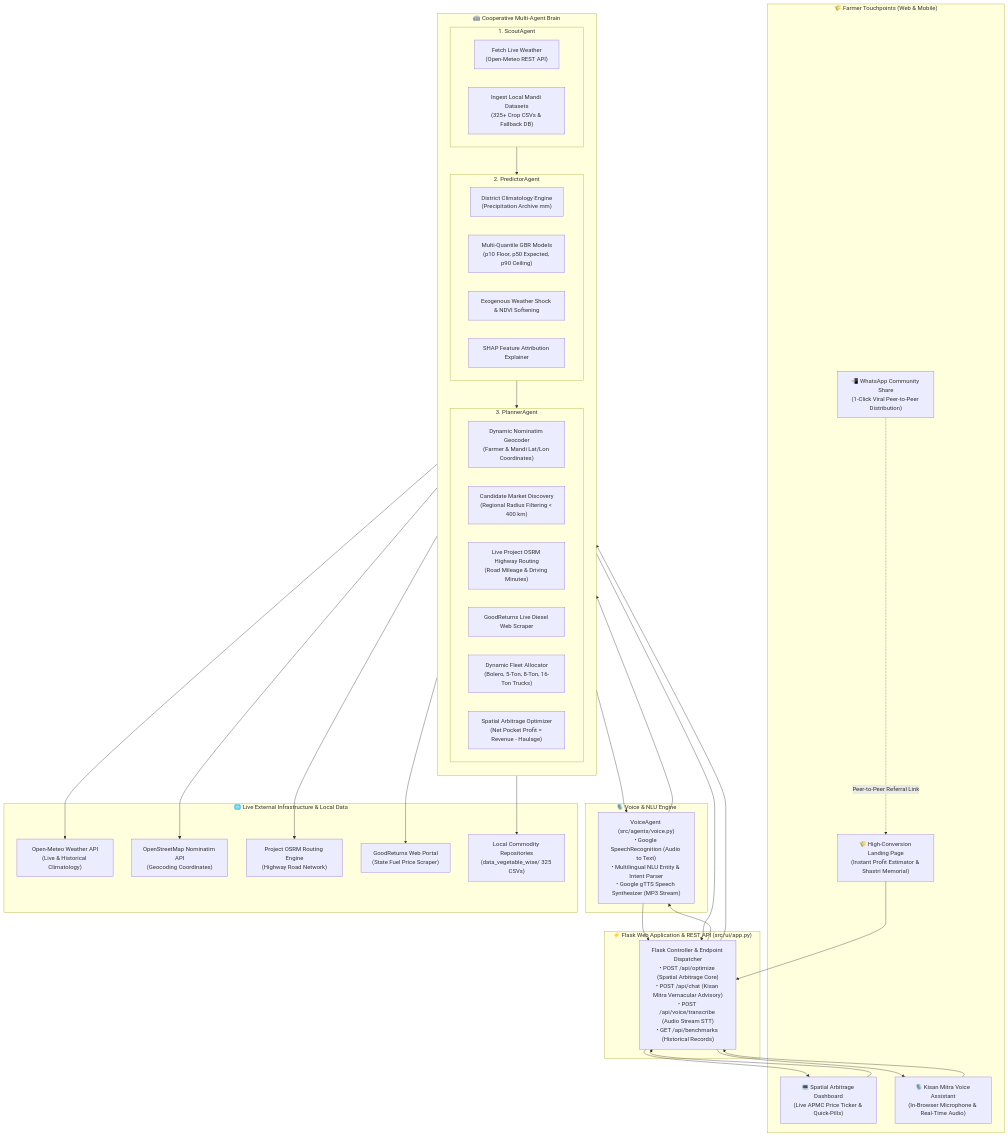
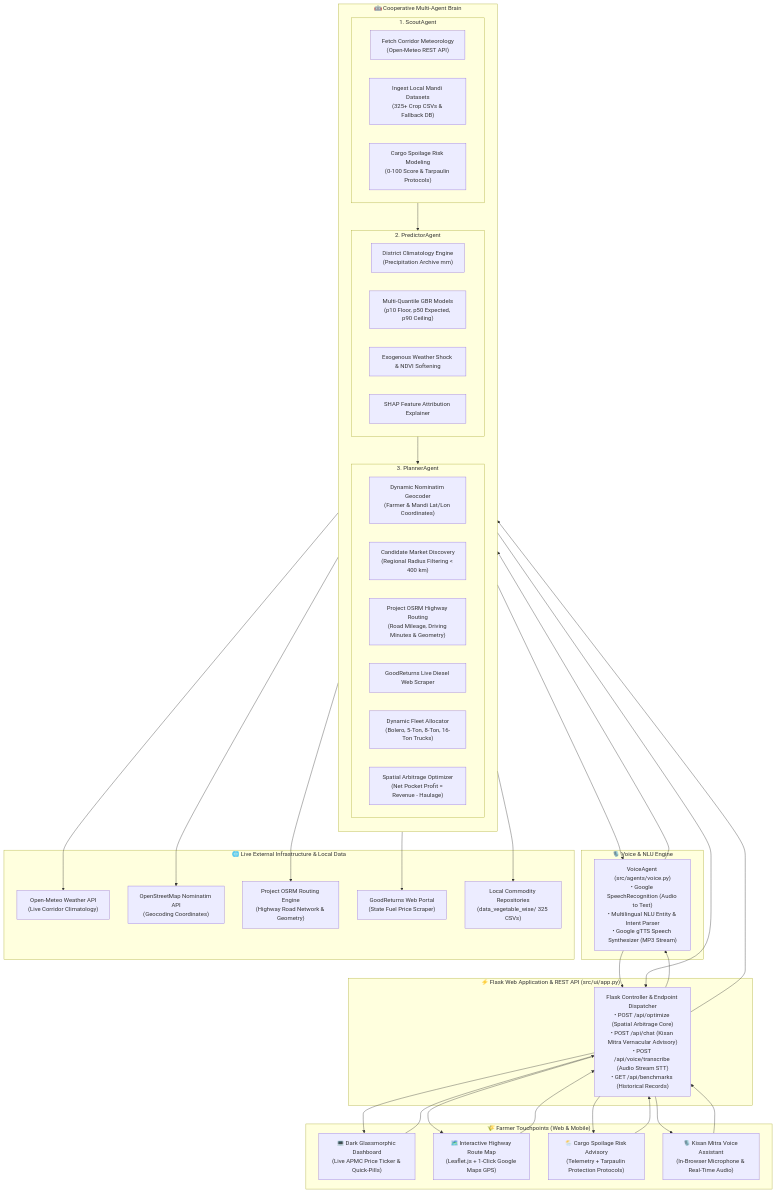
Before and after one commit to vedsongire/AI_SEM_5_PROJECT: the first of 2 diagrams in README.md, drawn with Mermaid. The commit also changed other lines of this file and 15 other files, not shown here.

Commit message:
feat: complete multi-agent spatial arbitrage platform, interactive route map, weather spoilage advisory & comprehensive docs

````diff
--- a/README.md
+++ b/README.md
@@ -107,76 +104,79 @@
 ```mermaid
 flowchart TB
     subgraph Farmer_Touchpoints["🌾 Farmer Touchpoints (Web & Mobile)"]
-        F1["💻 Spatial Arbitrage Dashboard<br/>(Live APMC Price Ticker & Quick-Pills)"]
-        F2["🌾 High-Conversion Landing Page<br/>(Instant Profit Estimator & Shastri Memorial)"]
-        F3["🎙️ Kisan Mitra Voice Assistant<br/>(In-Browser Microphone & Real-Time Audio)"]
-        F4["📲 WhatsApp Community Share<br/>(1-Click Viral Peer-to-Peer Distribution)"]
+        F1["💻 Dark Glassmorphic Dashboard<br/>(Live APMC Price Ticker & Quick-Pills)"]
+        F2["🗺️ Interactive Highway Route Map<br/>(Leaflet.js + 1-Click Google Maps GPS)"]
+        F3["🌦️ Cargo Spoilage Risk Advisory<br/>(Telemetry + Tarpaulin Protection Protocols)"]
+        F4["🎙️ Kisan Mitra Voice Assistant<br/>(In-Browser Microphone & Real-Time Audio)"]
     end
 
     subgraph Web_Application_Layer["⚡ Flask Web Application & REST API (src/ui/app.py)"]
         API["Flask Controller & Endpoint Dispatcher<br/>• POST /api/optimize (Spatial Arbitrage Core)<br/>• POST /api/chat (Kisan Mitra Vernacular Advisory)<br/>• POST /api/voice/transcribe (Audio Stream STT)<br/>• GET /api/benchmarks (Historical Records)"]
     end
 
     subgraph Voice_Layer["🎙️ Voice & NLU Engine"]
         VA["VoiceAgent (src/agents/voice.py)<br/>• Google SpeechRecognition (Audio to Text)<br/>• Multilingual NLU Entity & Intent Parser<br/>• Google gTTS Speech Synthesizer (MP3 Stream)"]
     end
 
     subgraph Multi_Agent_Core["🤖 Cooperative Multi-Agent Brain"]
         direction TB
 
         subgraph Scout["1. ScoutAgent"]
-            SC1["Fetch Live Weather<br/>(Open-Meteo REST API)"]
+            SC1["Fetch Corridor Meteorology<br/>(Open-Meteo REST API)"]
             SC2["Ingest Local Mandi Datasets<br/>(325+ Crop CSVs & Fallback DB)"]
+            SC3["Cargo Spoilage Risk Modeling<br/>(0-100 Score & Tarpaulin Protocols)"]
         end
 
         subgraph Predictor["2. PredictorAgent"]
             PR1["District Climatology Engine<br/>(Precipitation Archive mm)"]
             PR2["Multi-Quantile GBR Models<br/>(p10 Floor, p50 Expected, p90 Ceiling)"]
             PR3["Exogenous Weather Shock & NDVI Softening"]
             PR4["SHAP Feature Attribution Explainer"]
         end
 
         subgraph Planner["3. PlannerAgent"]
             PL1["Dynamic Nominatim Geocoder<br/>(Farmer & Mandi Lat/Lon Coordinates)"]
             PL2["Candidate Market Discovery<br/>(Regional Radius Filtering < 400 km)"]
-            PL3["Live Project OSRM Highway Routing<br/>(Road Mileage & Driving Minutes)"]
+            PL3["Project OSRM Highway Routing<br/>(Road Mileage, Driving Minutes & Geometry)"]
             PL4["GoodReturns Live Diesel Web Scraper"]
             PL5["Dynamic Fleet Allocator<br/>(Bolero, 5-Ton, 8-Ton, 16-Ton Trucks)"]
             PL6["Spatial Arbitrage Optimizer<br/>(Net Pocket Profit = Revenue - Haulage)"]
         end
     end
 
     subgraph Live_Data_Sources["🌐 Live External Infrastructure & Local Data"]
-        METEO["Open-Meteo Weather API<br/>(Live & Historical Climatology)"]
+        METEO["Open-Meteo Weather API<br/>(Live Corridor Climatology)"]
         NOM["OpenStreetMap Nominatim API<br/>(Geocoding Coordinates)"]
-        OSRM["Project OSRM Routing Engine<br/>(Highway Road Network)"]
+        OSRM["Project OSRM Routing Engine<br/>(Highway Road Network & Geometry)"]
         DIESEL["GoodReturns Web Portal<br/>(State Fuel Price Scraper)"]
         DATA["Local Commodity Repositories<br/>(data_vegetable_wise/ 325 CSVs)"]
     end
 
     %% Flow Wiring
     F1 --> API
     F2 --> API
     F3 --> API
-    F4 -.->|Peer-to-Peer Referral Link| F2
+    F4 --> API
 
     API --> VA
     API --> Multi_Agent_Core
 
     VA --> Multi_Agent_Core
     Multi_Agent_Core --> VA
     VA --> API
 
     Scout --> METEO
     Scout --> DATA
 
     Scout --> Predictor
     Predictor --> Planner
     Planner --> NOM
     Planner --> OSRM
     Planner --> DIESEL
 
     Multi_Agent_Core --> API
     API --> F1
+    API --> F2
     API --> F3
+    API --> F4
 ```
````
